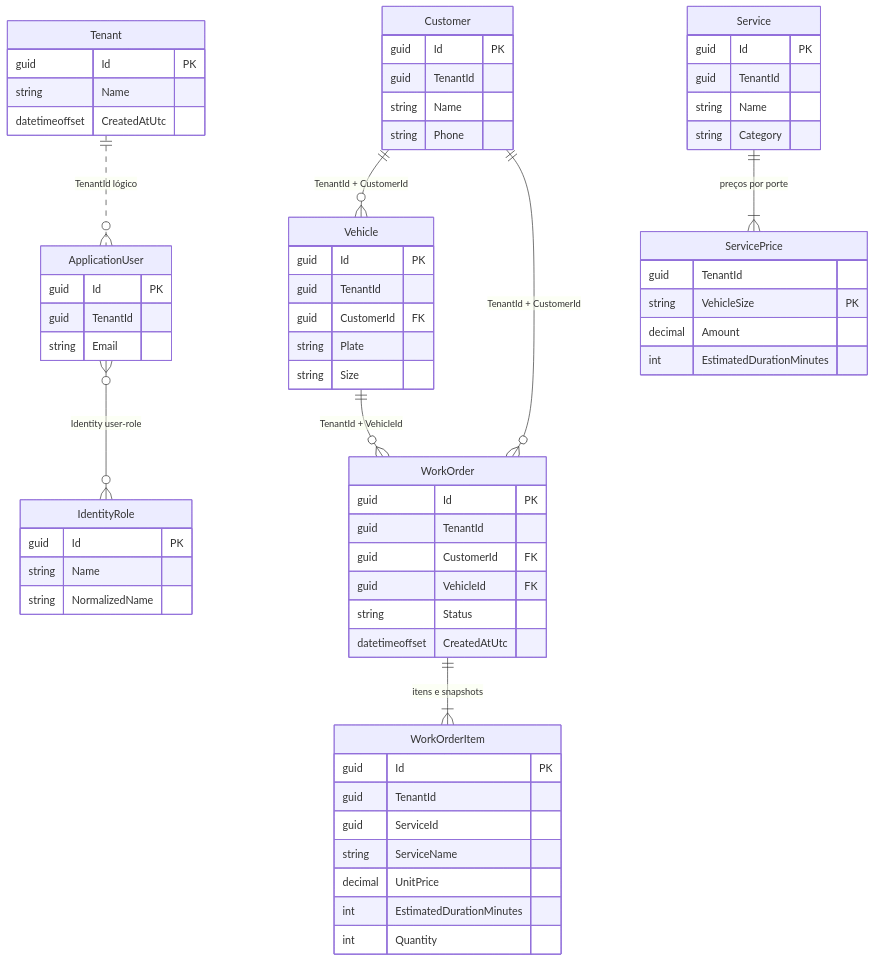
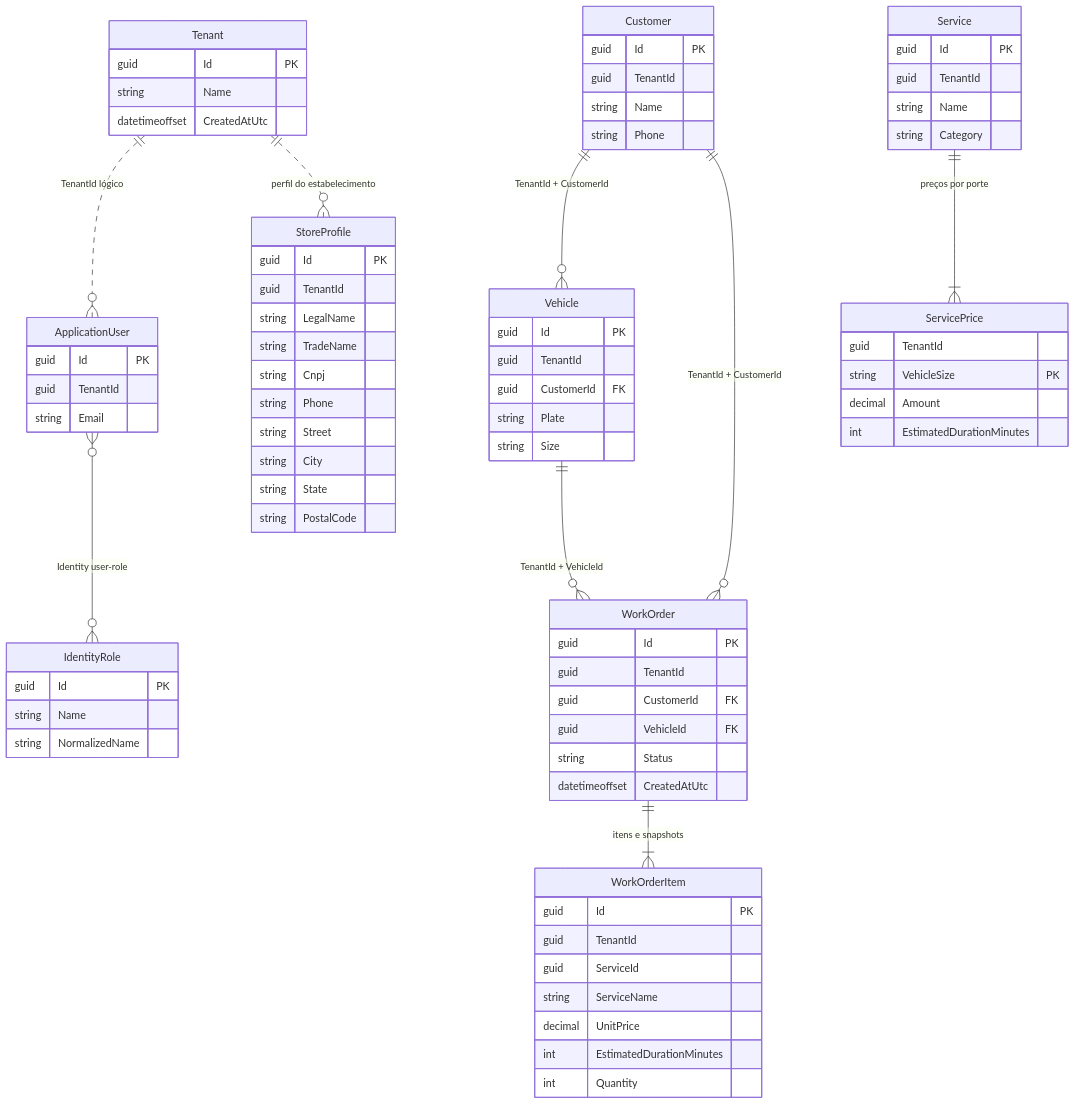
The first of 5 diagrams in docs/living-docs/modelo-dominio-dados-1.1.md (ronaldocestrela/lavaway), drawn with Mermaid before and after one commit. The commit also changed 19 other files, not shown here.

Commit message:
2.1 Cadastro e perfil do estabelecimento

````diff
--- a/docs/living-docs/modelo-dominio-dados-1.1.md
+++ b/docs/living-docs/modelo-dominio-dados-1.1.md
@@ -5,68 +5,81 @@
 ```mermaid
 erDiagram
     Tenant ||..o{ ApplicationUser : "TenantId lógico"
+    Tenant ||..o{ StoreProfile : "perfil do estabelecimento"
     ApplicationUser }o--o{ IdentityRole : "Identity user-role"
     Customer ||--o{ Vehicle : "TenantId + CustomerId"
     Service ||--|{ ServicePrice : "preços por porte"
     Customer ||--o{ WorkOrder : "TenantId + CustomerId"
     Vehicle ||--o{ WorkOrder : "TenantId + VehicleId"
     WorkOrder ||--|{ WorkOrderItem : "itens e snapshots"
 
     Tenant {
         guid Id PK
         string Name
         datetimeoffset CreatedAtUtc
+    }
+    StoreProfile {
+        guid Id PK
+        guid TenantId
+        string LegalName
+        string TradeName
+        string Cnpj
+        string Phone
+        string Street
+        string City
+        string State
+        string PostalCode
     }
     ApplicationUser {
         guid Id PK
         guid TenantId
         string Email
     }
     IdentityRole {
         guid Id PK
         string Name
         string NormalizedName
     }
     Customer {
         guid Id PK
         guid TenantId
         string Name
         string Phone
     }
     Vehicle {
         guid Id PK
         guid TenantId
         guid CustomerId FK
         string Plate
         string Size
     }
     Service {
         guid Id PK
         guid TenantId
         string Name
         string Category
     }
     ServicePrice {
         guid TenantId
         string VehicleSize PK
         decimal Amount
         int EstimatedDurationMinutes
     }
     WorkOrder {
         guid Id PK
         guid TenantId
         guid CustomerId FK
         guid VehicleId FK
         string Status
         datetimeoffset CreatedAtUtc
     }
     WorkOrderItem {
         guid Id PK
         guid TenantId
         guid ServiceId
         string ServiceName
         decimal UnitPrice
         int EstimatedDurationMinutes
         int Quantity
     }
 ```
````
